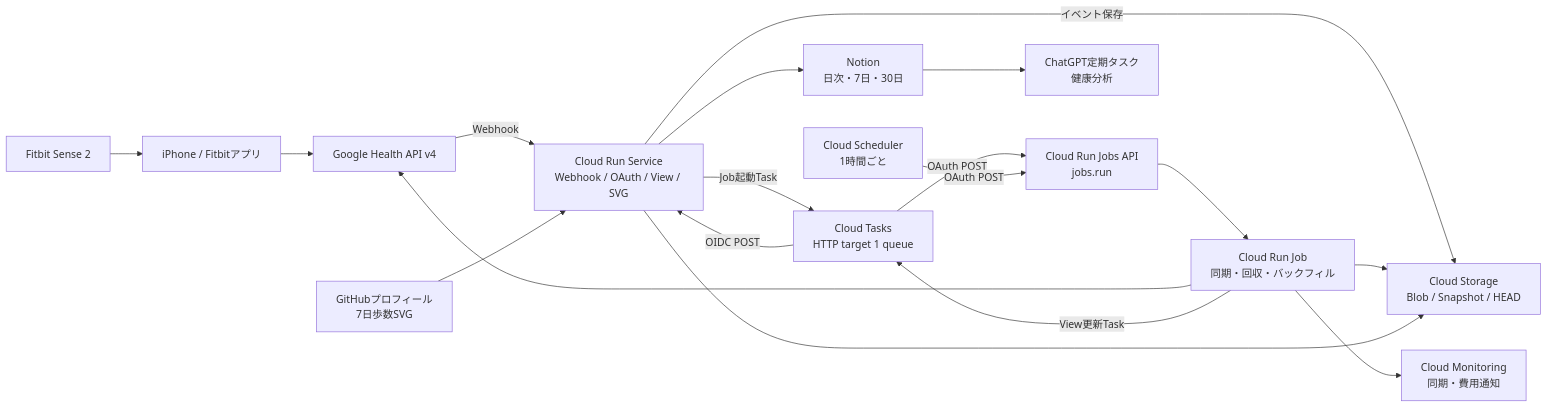
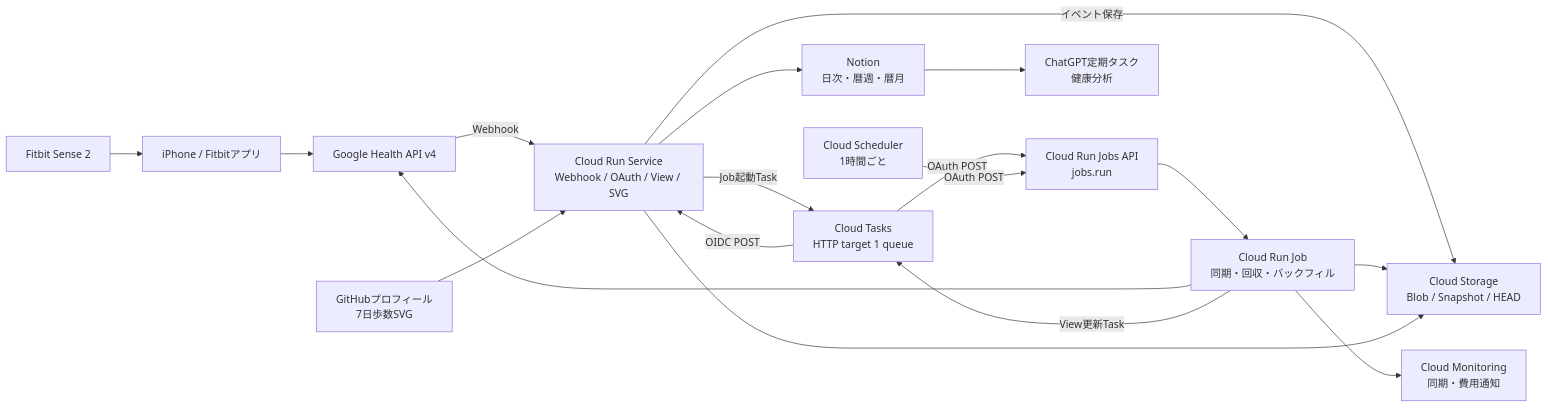
One commit to binbianlong/health-data-pipeline changed the diagram in DESIGN.md. Above: the diagram before and after it, drawn with Mermaid. The commit also changed other lines of this file and 1 other file, not shown here.

````diff
--- a/DESIGN.md
+++ b/DESIGN.md
@@ -73,32 +73,32 @@
 ```mermaid
 flowchart LR
     Fitbit["Fitbit Sense 2"]
     iPhone["iPhone / Fitbitアプリ"]
     Health["Google Health API v4"]
     Service["Cloud Run Service<br/>Webhook / OAuth / View / SVG"]
     Tasks["Cloud Tasks<br/>HTTP target 1 queue"]
     RunAPI["Cloud Run Jobs API<br/>jobs.run"]
     Scheduler["Cloud Scheduler<br/>1時間ごと"]
     Job["Cloud Run Job<br/>同期・回収・バックフィル"]
     GCS["Cloud Storage<br/>Blob / Snapshot / HEAD"]
-    Notion["Notion<br/>日次・7日・30日"]
+    Notion["Notion<br/>日次・暦週・暦月"]
     ChatGPT["ChatGPT定期タスク<br/>健康分析"]
     GitHub["GitHubプロフィール<br/>7日歩数SVG"]
     Monitoring["Cloud Monitoring<br/>同期・費用通知"]
 
     Fitbit --> iPhone --> Health
     Health -- "Webhook" --> Service
     Service -- "イベント保存" --> GCS
     Service -- "Job起動Task" --> Tasks
     Tasks -- "OAuth POST" --> RunAPI --> Job
     Scheduler -- "OAuth POST" --> RunAPI
     Job --> Health
     Job --> GCS
     Job -- "View更新Task" --> Tasks
     Tasks -- "OIDC POST" --> Service
     Service --> Notion
     Service --> GCS
     Notion --> ChatGPT
     GitHub --> Service
     Job --> Monitoring
 ```
````
